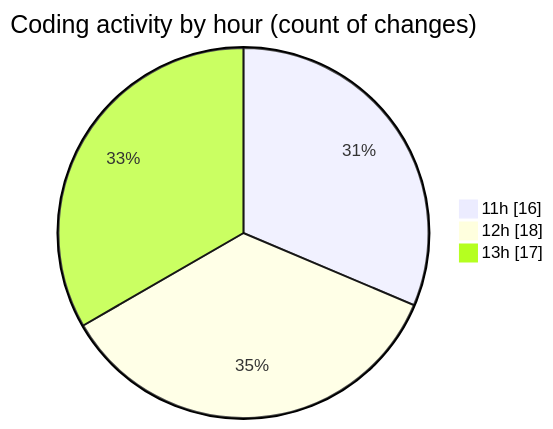
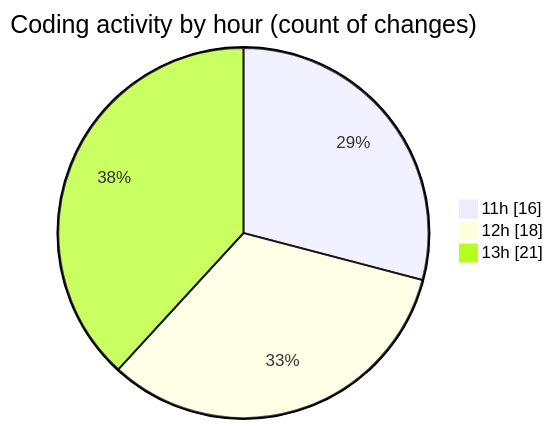
Before and after one commit to nxtqubesakshisongat/code-tracking: the second of 2 diagrams in 2025-10-01/nxtqube_webapp/README.md, drawn with Mermaid. The commit also changed other lines of this file and 1 other file, not shown here.

````diff
--- a/2025-10-01/nxtqube_webapp/README.md
+++ b/2025-10-01/nxtqube_webapp/README.md
@@ -31,7 +31,7 @@
 ```mermaid
 pie showData
 title Coding activity by hour (count of changes)
 "11h" : 16
 "12h" : 18
-"13h" : 17
+"13h" : 21
 ```
````
